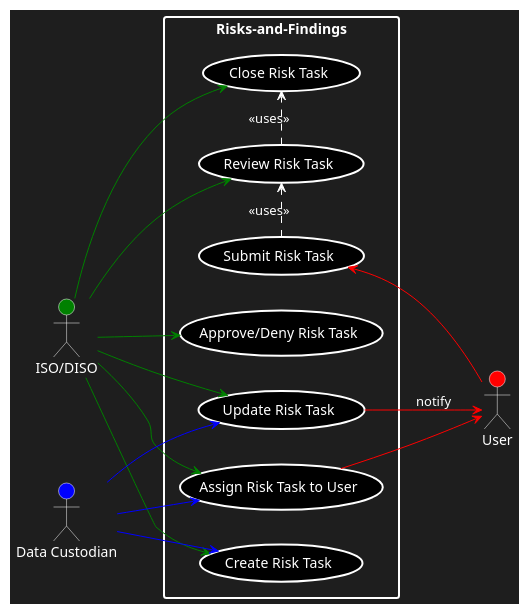
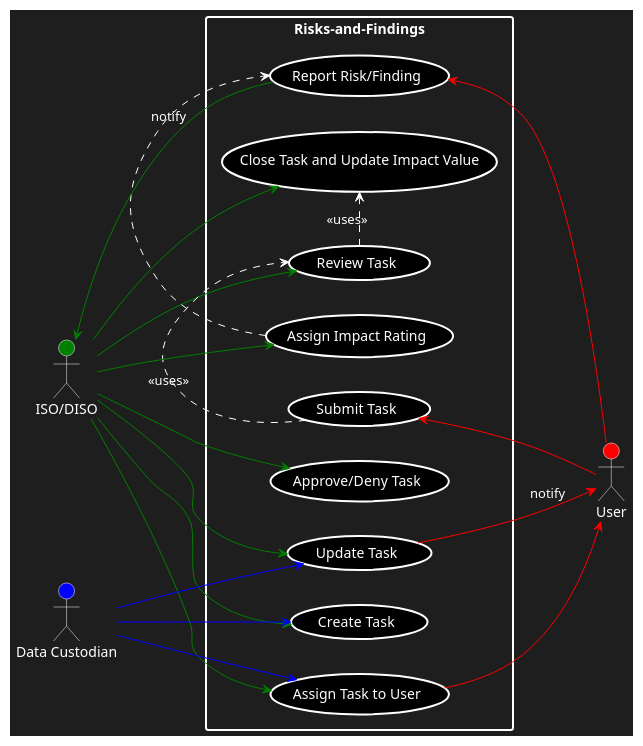
One commit to COS301-SE-2023/InfoSafe changed the diagram in Documentation/Diagrams/Risks-and-Findings.puml. Above: the diagram before and after it, drawn with PlantUML.

Commit message:
Risks and Findings UC updated

```diff
--- a/Documentation/Diagrams/Risks-and-Findings.puml
+++ b/Documentation/Diagrams/Risks-and-Findings.puml
@@ -1,30 +1,37 @@
 @startuml
 skinparam backgroundColor #1e1e1e
 left to right direction
 actor "ISO/DISO" as iso #green;text:white;line:white
 actor "Data Custodian" as dc #blue;text:white;line:white
 actor "User" as user #red;text:white;line:white
 rectangle Risks-and-Findings #text:white;line.bold;line:white {
-usecase "Create Risk Task" as UC1 #black;text:white;line.bold;line:white
-usecase "Update Risk Task" as UC2 #black;text:white;line.bold;line:white
-usecase "Approve/Deny Risk Task" as UC3 #black;text:white;line.bold;line:white
-usecase "Review Risk Task" as UC4 #black;text:white;line.bold;line:white
-usecase "Close Risk Task" as UC5 #black;text:white;line.bold;line:white
-usecase "Assign Risk Task to User" as UC6 #black;text:white;line.bold;line:white
-usecase "Submit Risk Task" as UC7 #black;text:white;line.bold;line:white
+usecase "Assign Impact Rating" as UC9 #black;text:white;line.bold:white
+usecase "Create Task" as UC1 #black;text:white;line.bold;line:white
+usecase "Update Task" as UC2 #black;text:white;line.bold;line:white
+usecase "Approve/Deny Task" as UC3 #black;text:white;line.bold;line:white
+usecase "Close Task and Update Impact Value" as UC5 #black;text:white;line.bold;line:white
+usecase "Assign Task to User" as UC6 #black;text:white;line.bold;line:white
+usecase "Submit Task" as UC7 #black;text:white;line.bold;line:white
+usecase "Report Risk/Finding" as UC8 #black;text:white;line.bold:white
+usecase "Review Task" as UC4 #black;text:white;line.bold;line:white
+
 }
 UC4 .> (UC5) #line:white;text:white : <<uses>>
 iso -[#green]-> UC1
 dc -[#blue]-> UC1
 iso -[#green]-> UC6
-UC6 -[#red]-> user
+UC6 ---> user #line:red
 iso -[#green]-> UC2
 dc -[#blue]-> UC2
 iso -[#green]-> UC3
 iso -[#green]-> UC4
 iso -[#green]-> UC5
 UC2 -[#red]-> user #text:white : notify
-user -[#red]-> UC7
+user ---> UC7 #line:red
 dc -[#blue]-> UC6
+UC9 .> UC8 #line:white
 UC7 .> (UC4) #line:white;text:white : <<uses>>
+user ---> UC8 #line:red
+UC8 -[#green]-> iso #text:white : notify
+iso -[#green]-> UC9
 @enduml
```
